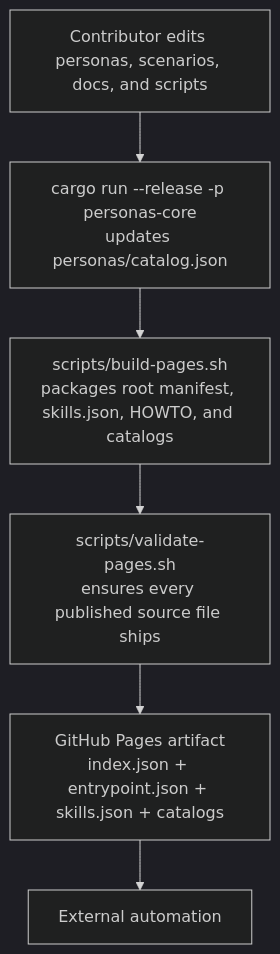
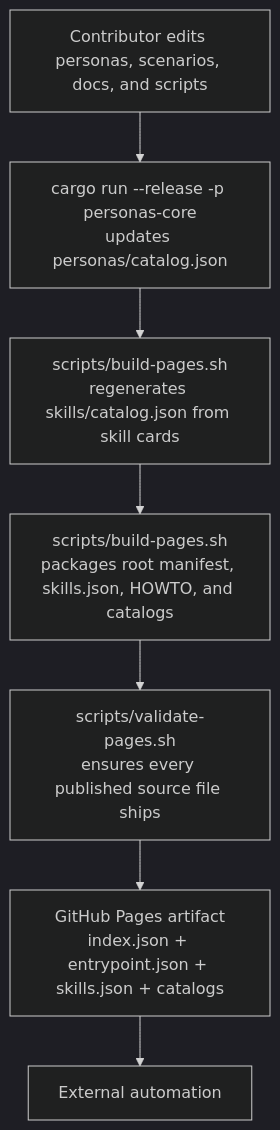
The second of 2 diagrams in README.md (qqrm/codex-tools), drawn with Mermaid (dark theme) before and after one commit. The commit also changed other lines of this file and 7 other files, not shown here.

Commit message:
Auto-generate skills catalog and hide init scripts from base discovery

````diff
--- a/README.md
+++ b/README.md
@@ -238,11 +243,12 @@
 ```mermaid
 flowchart TD
   Dev["Contributor edits personas, scenarios, docs, and scripts"]
   Generator["cargo run --release -p personas-core<br/>updates personas/catalog.json"]
+  SkillsGen["scripts/build-pages.sh<br/>regenerates skills/catalog.json from skill cards"]
   Bundle["scripts/build-pages.sh<br/>packages root manifest, skills.json, HOWTO, and catalogs"]
   Validate["scripts/validate-pages.sh<br/>ensures every published source file ships"]
   Pages["GitHub Pages artifact<br/>index.json + entrypoint.json + skills.json + catalogs"]
   Consumers["External automation"]
 
-  Dev --> Generator --> Bundle --> Validate --> Pages --> Consumers
+  Dev --> Generator --> SkillsGen --> Bundle --> Validate --> Pages --> Consumers
 ```
````
